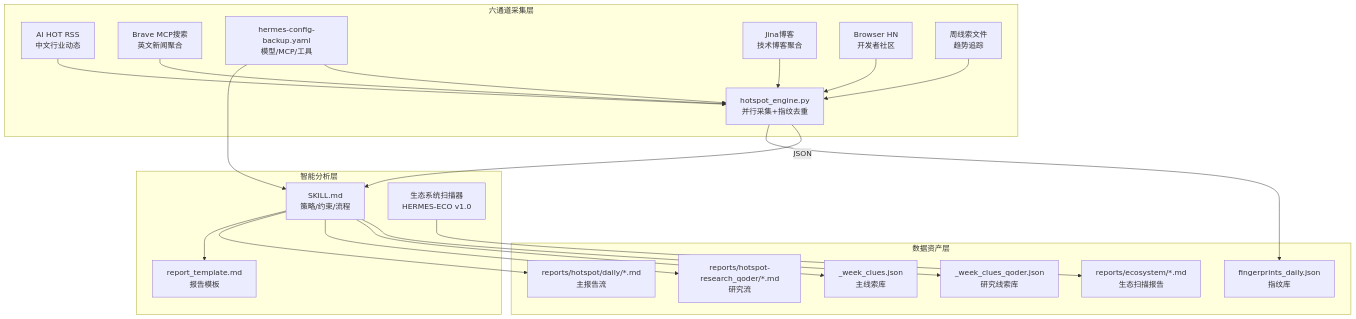
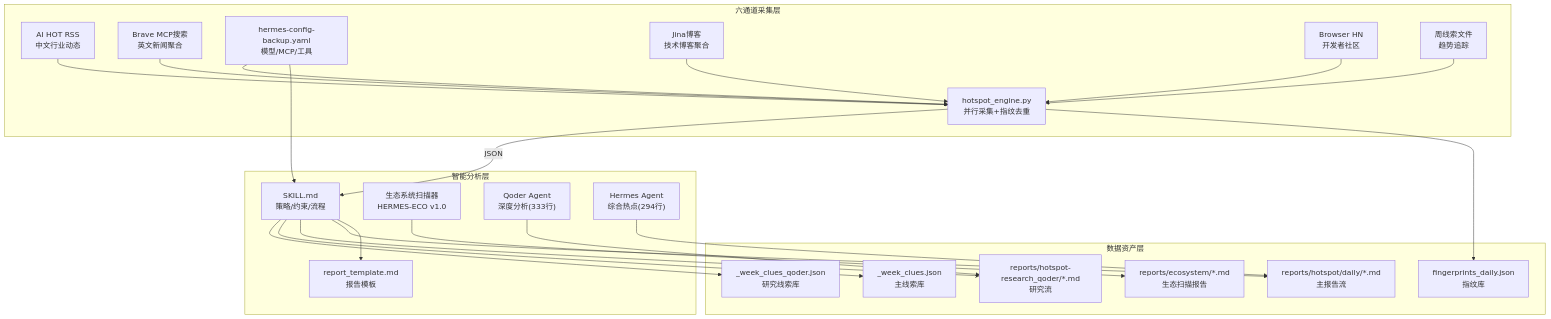
One commit to John198912/hermes_workspace changed the first of 4 diagrams in .qoder/repowiki/zh/content/核心技能详解/Qoder Agent 每日热点报告系统.md. Above: the diagram before and after it, drawn with Mermaid. The commit also changed other lines of this file and 1 other file, not shown here.

````diff
--- a/.qoder/repowiki/zh/content/核心技能详解/Qoder Agent 每日热点报告系统.md
+++ b/.qoder/repowiki/zh/content/核心技能详解/Qoder Agent 每日热点报告系统.md
@@ -47,41 +46,45 @@
 ```mermaid
 graph TB
 subgraph "六通道采集层"
 E["hotspot_engine.py<br/>并行采集+指纹去重"]
 A["AI HOT RSS<br/>中文行业动态"]
 B["Brave MCP搜索<br/>英文新闻聚合"]
 C["byted-web搜索<br/>中文社交媒体"]
 D["Jina博客<br/>技术博客聚合"]
 F["Browser HN<br/>开发者社区"]
 G["周线索文件<br/>趋势追踪"]
 end
 subgraph "智能分析层"
 S["SKILL.md<br/>策略/约束/流程"]
 T["report_template.md<br/>报告模板"]
 C["hermes-config-backup.yaml<br/>模型/MCP/工具"]
 ES["生态系统扫描器<br/>HERMES-ECO v1.0"]
+QA["Qoder Agent<br/>深度分析(333行)"]
+HA["Hermes Agent<br/>综合热点(294行)"]
 end
 subgraph "数据资产层"
 FP["fingerprints_daily.json<br/>指纹库"]
 R1["reports/hotspot/daily/*.md<br/>主报告流"]
 R2["reports/hotspot-research_qoder/*.md<br/>研究流"]
 W1["_week_clues.json<br/>主线索库"]
 W2["_week_clues_qoder.json<br/>研究线索库"]
 EC["reports/ecosystem/*.md<br/>生态扫描报告"]
 end
 E --> FP
 E --> |"JSON"| S
 S --> T
 C --> S
 S --> R1
 S --> R2
 S --> W1
 S --> W2
 ES --> EC
+QA --> R2
+HA --> R1
 A --> E
 B --> E
 C --> E
 D --> E
 F --> E
 G --> E
 ```
````
